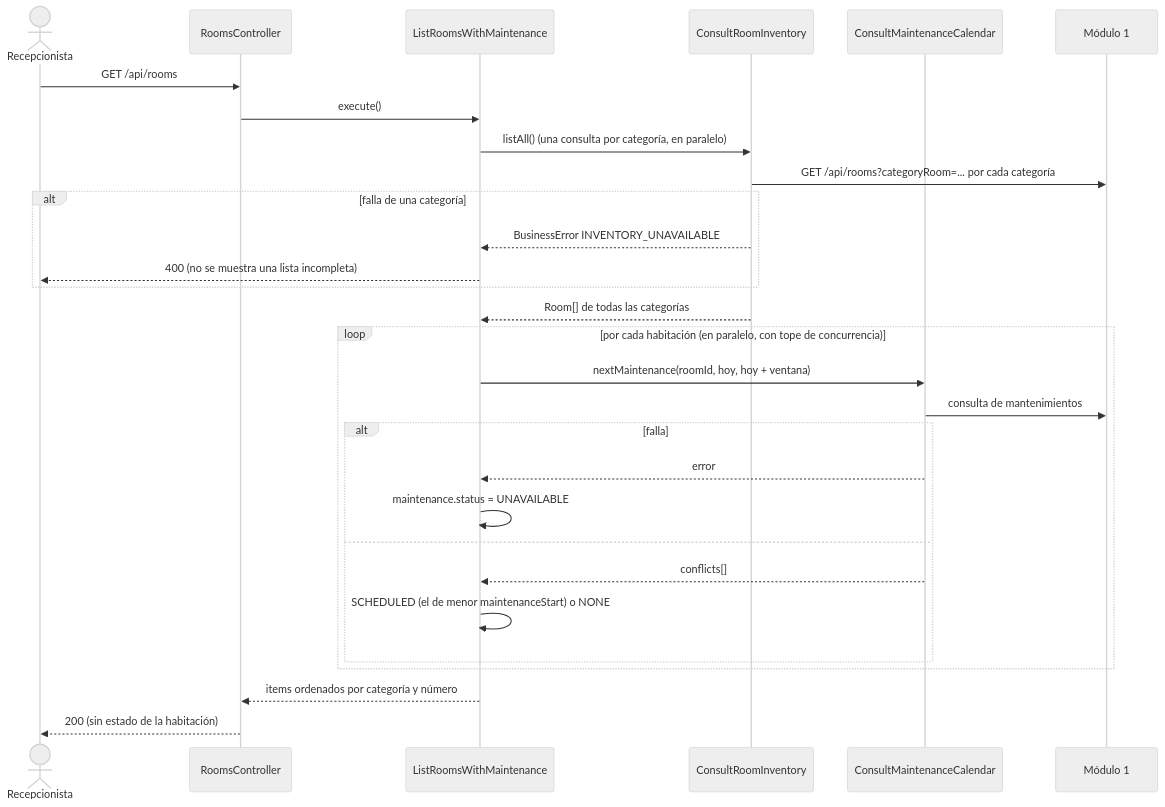
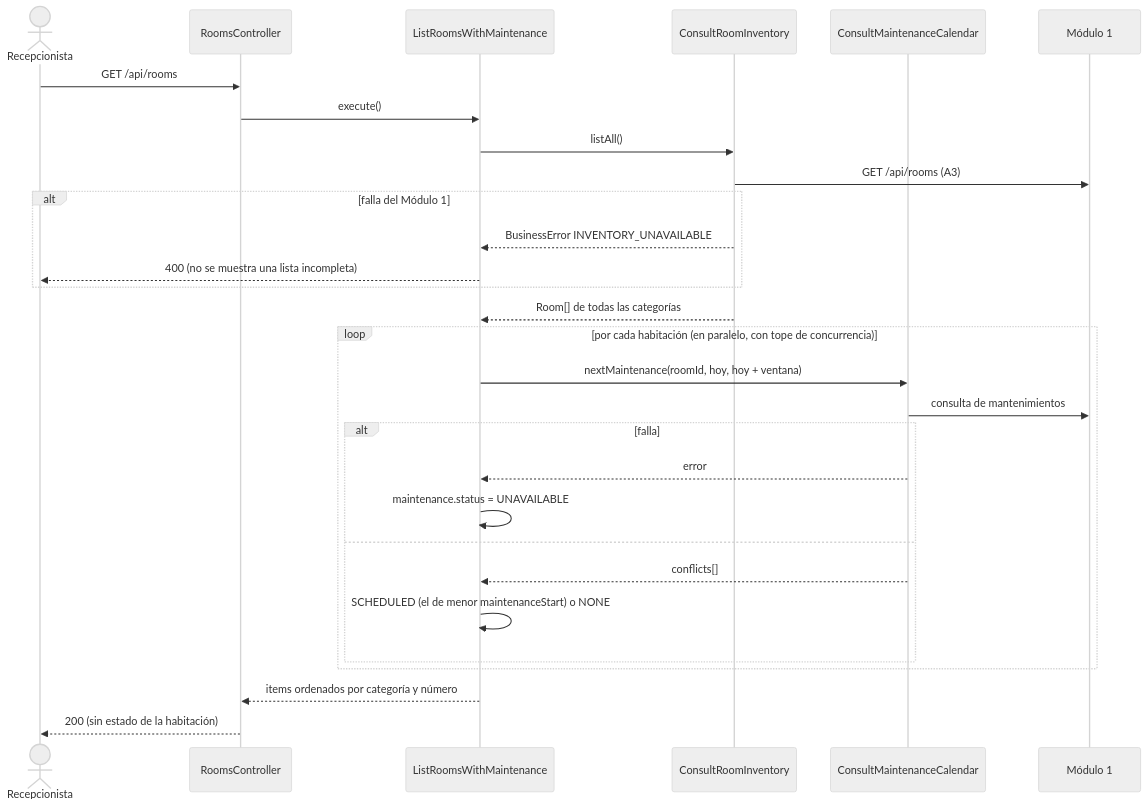
Before and after one commit to Lapicero312-lapi/HOSPITUA-MOD-2: the third of 3 diagrams in specs/consult-room-inventory/plan.md, drawn with Mermaid (neutral theme). The commit also changed other lines of this file and 6 other files, not shown here.

Commit message:
docs(specs): el Módulo 1 avisa mantenimientos e inventario por cola y la disponibilidad de Channex los descuenta; GET /api/rooms sin filtro, forma de categoryRoom y tope de 20 tipos

````diff
--- a/specs/consult-room-inventory/plan.md
+++ b/specs/consult-room-inventory/plan.md
@@ -204,32 +212,32 @@
 ```mermaid
 sequenceDiagram
     actor R as Recepcionista
     participant C as RoomsController
     participant U as ListRoomsWithMaintenance
     participant I as ConsultRoomInventory
     participant K as ConsultMaintenanceCalendar
     participant M1 as Módulo 1
 
     R->>C: GET /api/rooms
     C->>U: execute()
-    U->>I: listAll() (una consulta por categoría, en paralelo)
-    I->>M1: GET /api/rooms?categoryRoom=... por cada categoría
-    alt falla de una categoría
+    U->>I: listAll()
+    I->>M1: GET /api/rooms (A3)
+    alt falla del Módulo 1
         I-->>U: BusinessError INVENTORY_UNAVAILABLE
         U-->>R: 400 (no se muestra una lista incompleta)
     end
     I-->>U: Room[] de todas las categorías
     loop por cada habitación (en paralelo, con tope de concurrencia)
         U->>K: nextMaintenance(roomId, hoy, hoy + ventana)
         K->>M1: consulta de mantenimientos
         alt falla
             K-->>U: error
             U->>U: maintenance.status = UNAVAILABLE
         else
             K-->>U: conflicts[]
             U->>U: SCHEDULED (el de menor maintenanceStart) o NONE
         end
     end
     U-->>C: items ordenados por categoría y número
     C-->>R: 200 (sin estado de la habitación)
 ```
````
